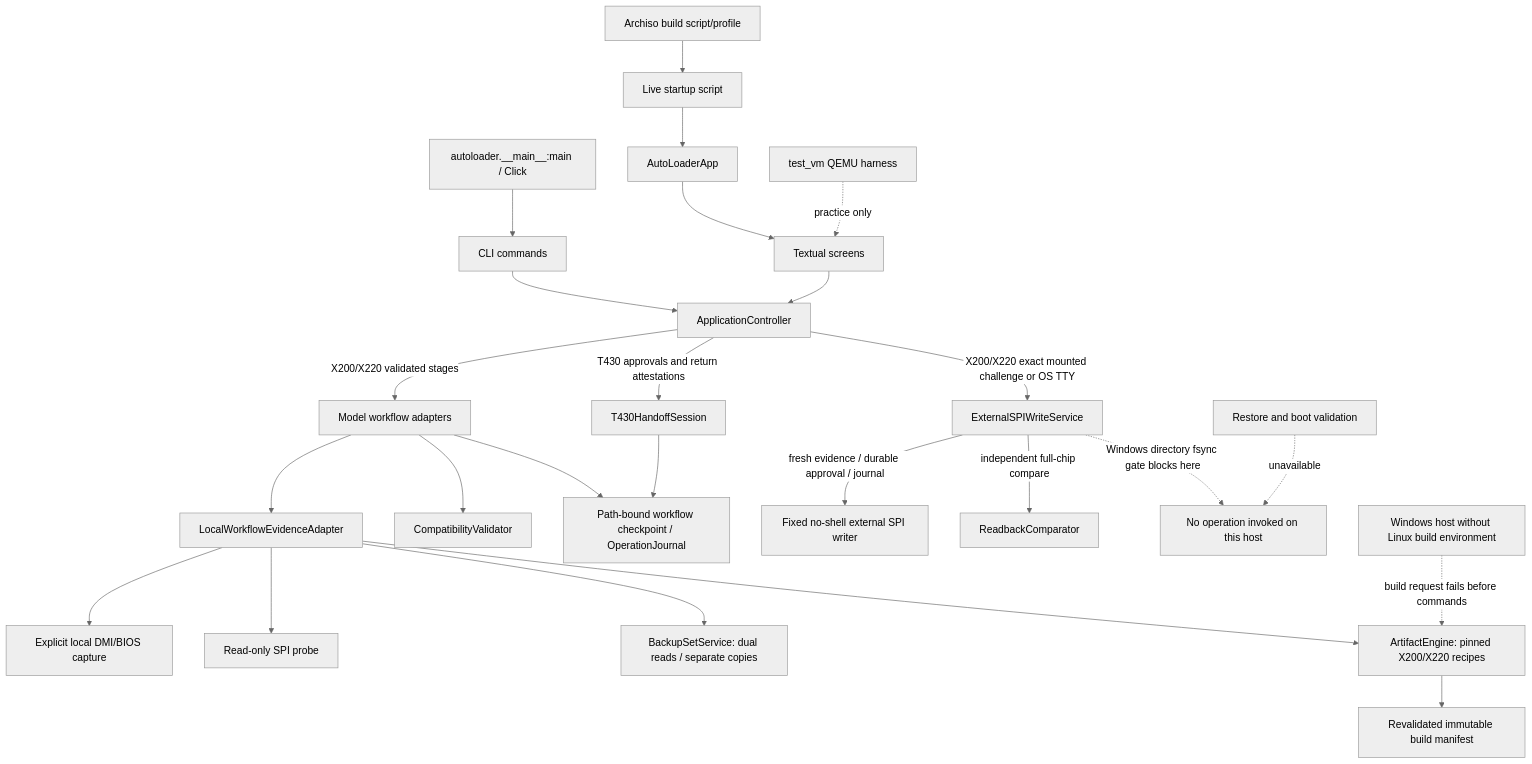
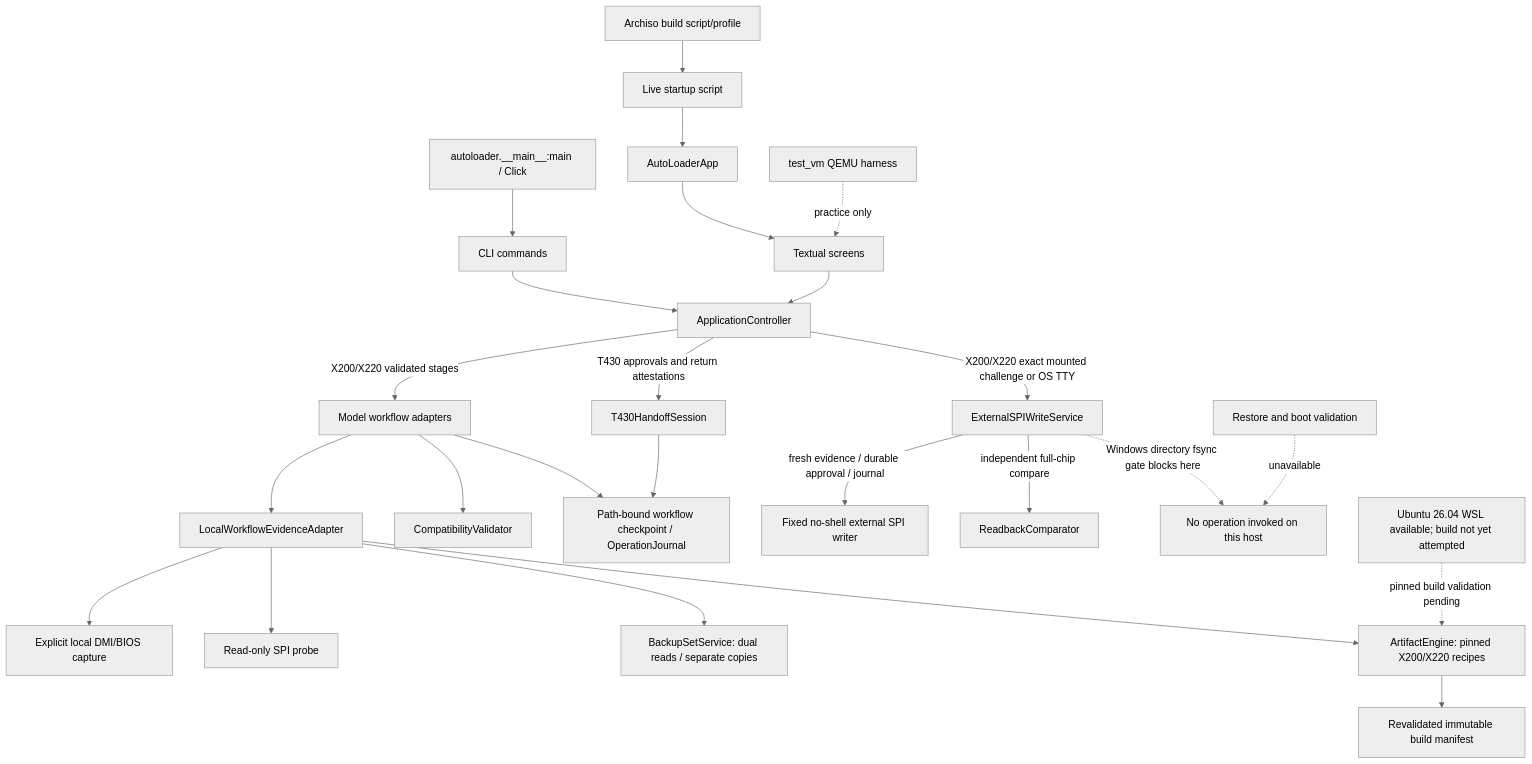
The diagram in docs/v1/ARCHITECTURE.md (abharrison1995-droid/Libre_Core-AutoLoader), drawn with Mermaid (neutral theme) before and after one commit. The commit also changed other lines of this file and 12 other files, not shown here.

````diff
--- a/docs/v1/ARCHITECTURE.md
+++ b/docs/v1/ARCHITECTURE.md
@@ -5,27 +5,27 @@
 ```mermaid
 flowchart TD
   Entry[autoloader.__main__:main / Click] --> CLI[CLI commands]
   CLI --> Controller[ApplicationController]
   App[AutoLoaderApp] --> Screens[Textual screens]
   Screens --> Controller
   Controller -->|T430 approvals and return attestations| T430[T430HandoffSession]
   Controller -->|X200/X220 validated stages| XWorkflow[Model workflow adapters]
   XWorkflow --> LocalAdapter[LocalWorkflowEvidenceAdapter]
   LocalAdapter --> DMI[Explicit local DMI/BIOS capture]
   LocalAdapter --> Probe[Read-only SPI probe]
   LocalAdapter --> Backup[BackupSetService: dual reads / separate copies]
   LocalAdapter --> Artifact[ArtifactEngine: pinned X200/X220 recipes]
   Artifact --> Manifest[Revalidated immutable build manifest]
   XWorkflow --> Policy[CompatibilityValidator]
   XWorkflow --> Journal[Path-bound workflow checkpoint / OperationJournal]
   T430 --> Journal
   Controller -->|X200/X220 exact mounted challenge or OS TTY| WriteService[ExternalSPIWriteService]
   WriteService -->|fresh evidence / durable approval / journal| Writer[Fixed no-shell external SPI writer]
   WriteService -->|independent full-chip compare| Readback[ReadbackComparator]
   WriteService -. Windows directory fsync gate blocks here .-> Result[No operation invoked on this host]
   Restore[Restore and boot validation] -. unavailable .-> Result
-  BuildEnv[Windows host without Linux build environment] -. build request fails before commands .-> Artifact
+  BuildEnv[Ubuntu 26.04 WSL available; build not yet attempted] -. pinned build validation pending .-> Artifact
   USB[Archiso build script/profile] --> Start[Live startup script]
   Start --> App
   VM[test_vm QEMU harness] -. practice only .-> Screens
 ```
````
